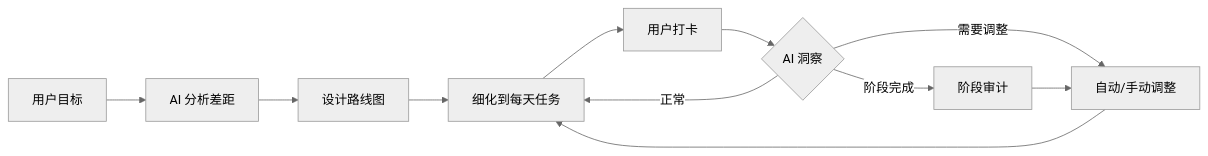
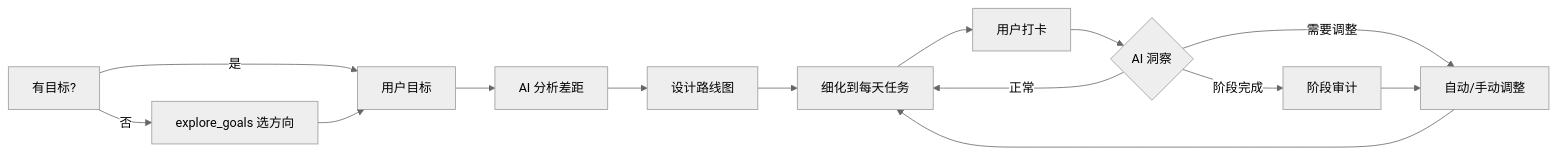
The diagram in README.md (Wuuuuuuuuuz/career-kit), drawn with Mermaid (neutral theme) before and after one commit. The commit also changed other lines of this file and 10 other files, not shown here.

First line of the commit message:
feat: explore_goals 目标选择——无目标用户用三轴定位引导选方向

````diff
--- a/README.md
+++ b/README.md
@@ -104,13 +108,15 @@
 ```mermaid
 graph LR
-    A[用户目标] --> B[AI 分析差距]
+    U[有目标?] -->|是| A[用户目标]
+    U -->|否| G0[explore_goals 选方向] --> A
+    A --> B[AI 分析差距]
     B --> C[设计路线图]
     C --> D[细化到每天任务]
     D --> E[用户打卡]
     E --> F{AI 洞察}
     F -->|正常| D
     F -->|需要调整| G[自动/手动调整]
     G --> D
     F -->|阶段完成| H[阶段审计]
     H --> G
 ```
````
